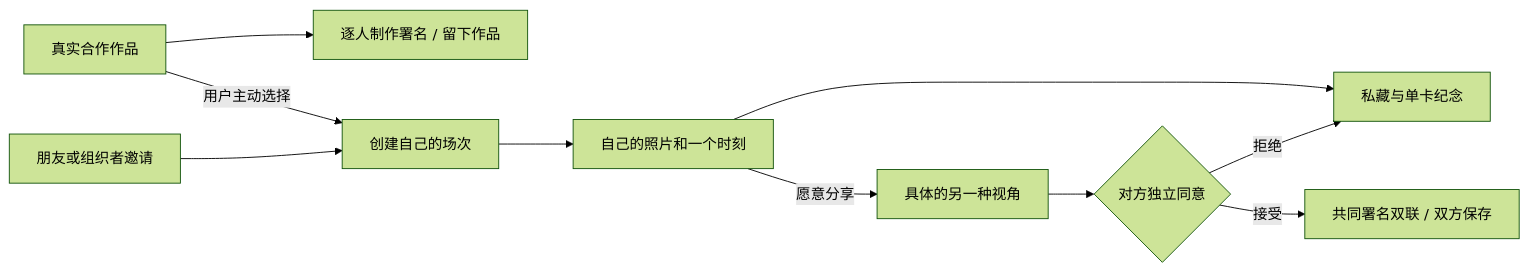
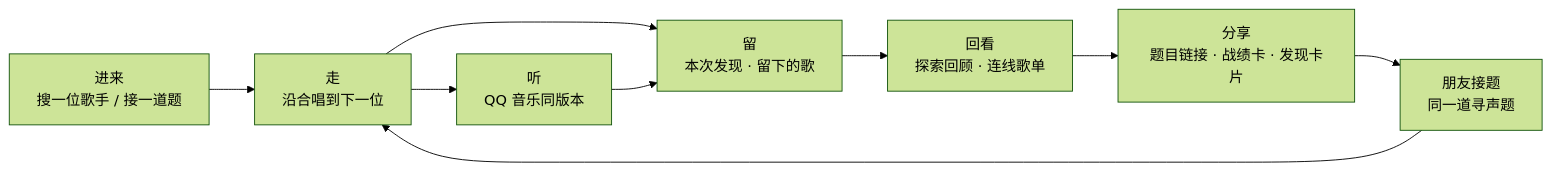
The diagram in product/docs/01-product-plan.md (musicMapTeam/musicMap), drawn with Mermaid (forest theme) before and after one commit. The commit also changed other lines of this file and 24 other files, not shown here.

````diff
--- a/product/docs/01-product-plan.md
+++ b/product/docs/01-product-plan.md
@@ -39,12 +26,11 @@
 ```mermaid
 flowchart LR
-  A[真实合作作品] --> B[逐人制作署名 / 留下作品]
-  A -->|用户主动选择| C[创建自己的场次]
-  D[朋友或组织者邀请] --> C
-  C --> E[自己的照片和一个时刻]
-  E --> F[私藏与单卡纪念]
-  E -->|愿意分享| G[具体的另一种视角]
-  G --> H{对方独立同意}
-  H -->|接受| I[共同署名双联 / 双方保存]
-  H -->|拒绝| F
+  A[进来<br>搜一位歌手 / 接一道题] --> B[走<br>沿合唱到下一位]
+  B --> C[听<br>QQ 音乐同版本]
+  B --> D[留<br>本次发现 · 留下的歌]
+  C --> D
+  D --> E[回看<br>探索回顾 · 连线歌单]
+  E --> F[分享<br>题目链接 · 战绩卡 · 发现卡片]
+  F --> G[朋友接题<br>同一道寻声题]
+  G --> B
 ```
````
